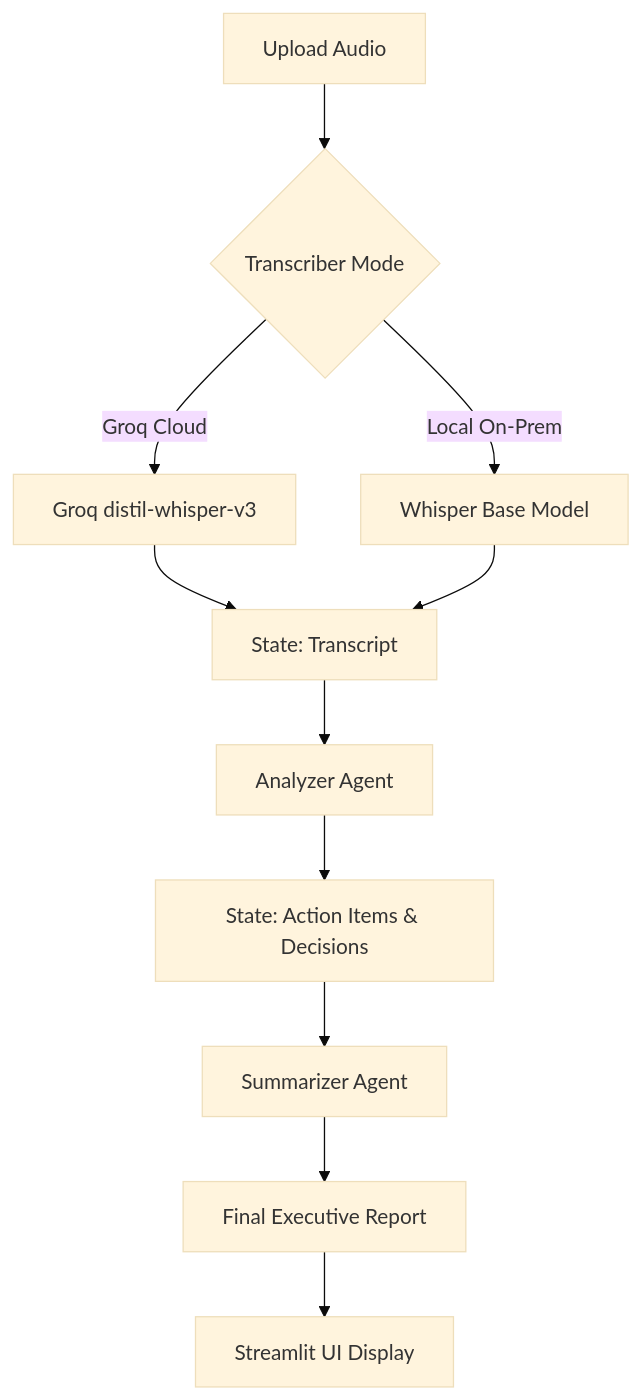
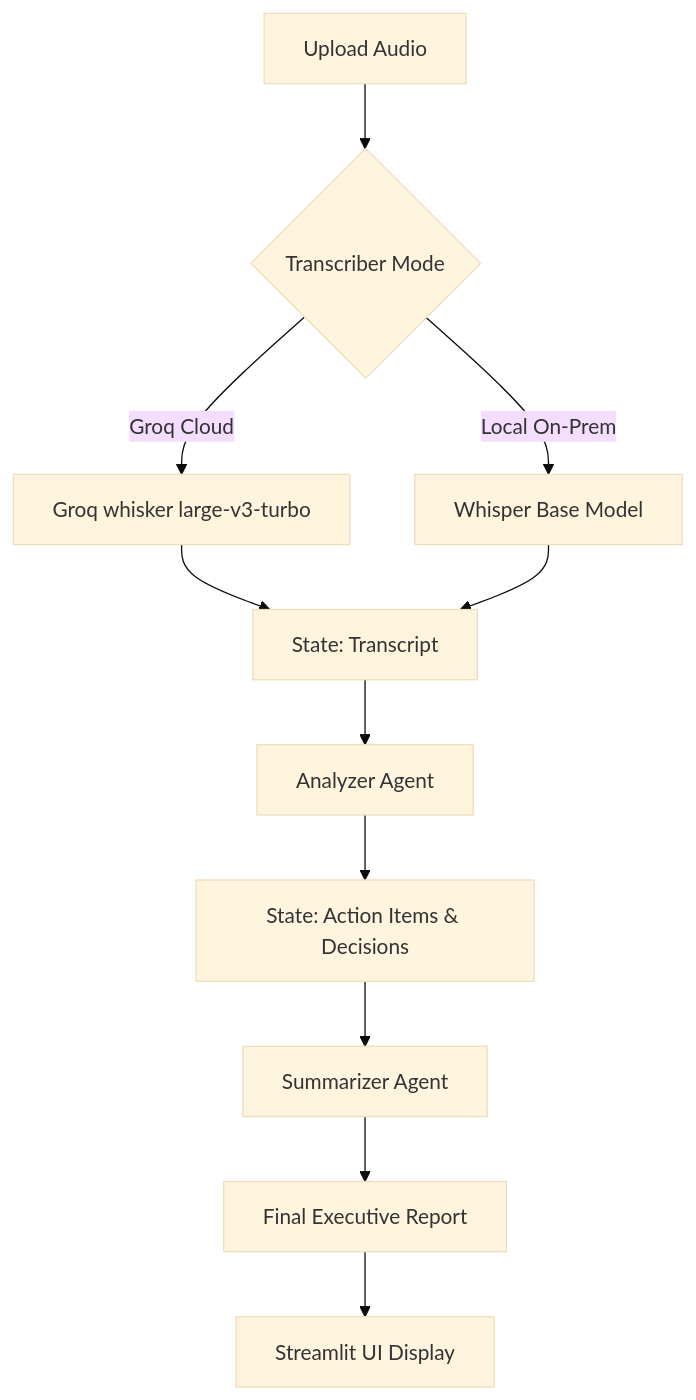
Before and after one commit to dpkcloud-collab/meeting_assistant: the first of 2 diagrams in README.md, drawn with Mermaid (base theme).

Commit message:
updated model name in readme

`````diff
--- a/README.md
+++ b/README.md
@@ -44,15 +44,15 @@
 ````mermaid
 
 graph TD
     A[Upload Audio] --> B{Transcriber Mode}
-    B -- Groq Cloud --> C[Groq distil-whisper-v3]
+    B -- Groq Cloud --> C[Groq whisker large-v3-turbo]
     B -- Local On-Prem --> D[Whisper Base Model]
     C --> E[State: Transcript]
     D --> E
     E --> F[Analyzer Agent]
     F --> G[State: Action Items & Decisions]
     G --> H[Summarizer Agent]
     H --> I[Final Executive Report]
     I --> J[Streamlit UI Display]
 
 ````
`````
